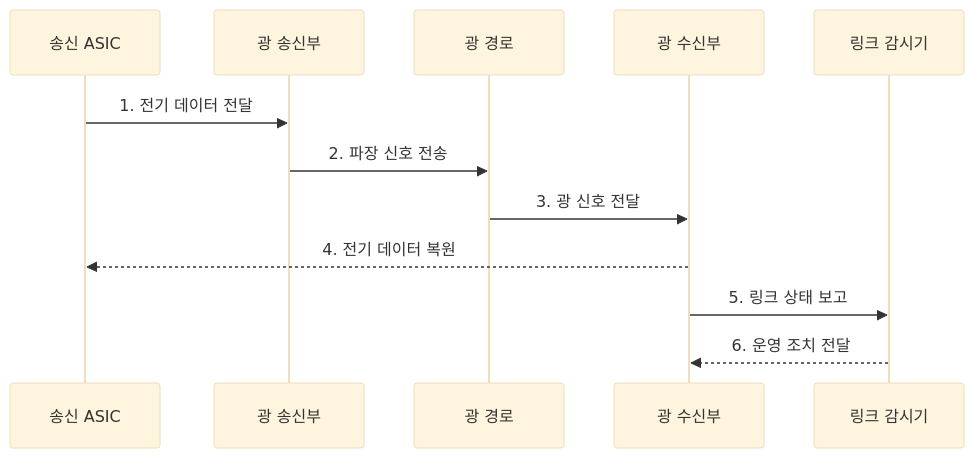
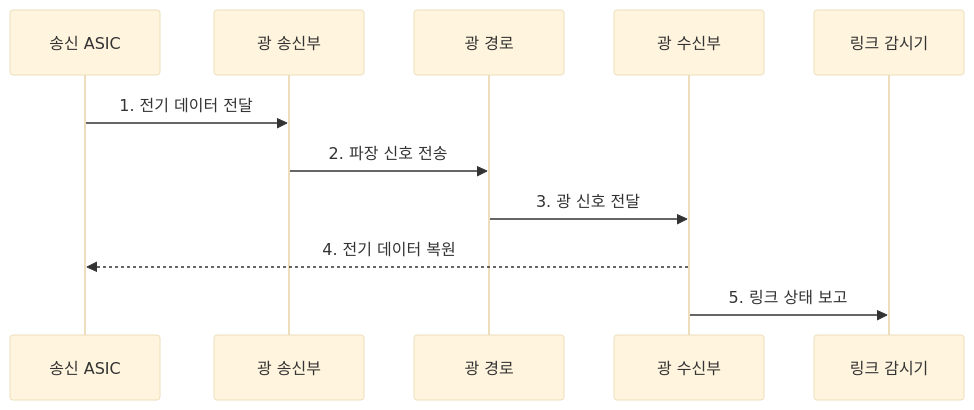
The second of 2 diagrams in src/content/docs/notes/02-hardware/089_optical_interconnect.md (agnusdei1207/knowledge-base), drawn with Mermaid (base theme) before and after one commit. The commit also changed other lines of this file and 86 other files, not shown here.

````diff
--- a/src/content/docs/notes/02-hardware/089_optical_interconnect.md
+++ b/src/content/docs/notes/02-hardware/089_optical_interconnect.md
@@ -100,14 +102,13 @@
 ```mermaid
 sequenceDiagram
     participant S as 송신 ASIC
     participant T as 광 송신부
     participant F as 광 경로
     participant R as 광 수신부
     participant M as 링크 감시기
     S->>T: 1. 전기 데이터 전달
     T->>F: 2. 파장 신호 전송
     F->>R: 3. 광 신호 전달
     R-->>S: 4. 전기 데이터 복원
     R->>M: 5. 링크 상태 보고
-    M-->>R: 6. 운영 조치 전달
 ```
````
